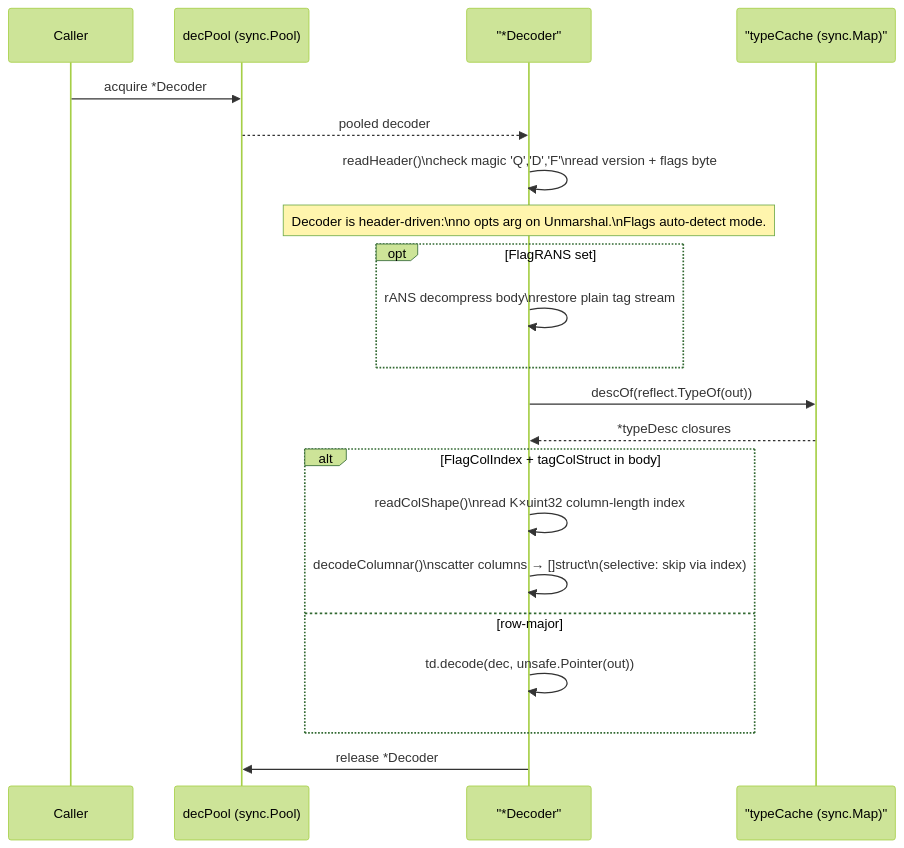
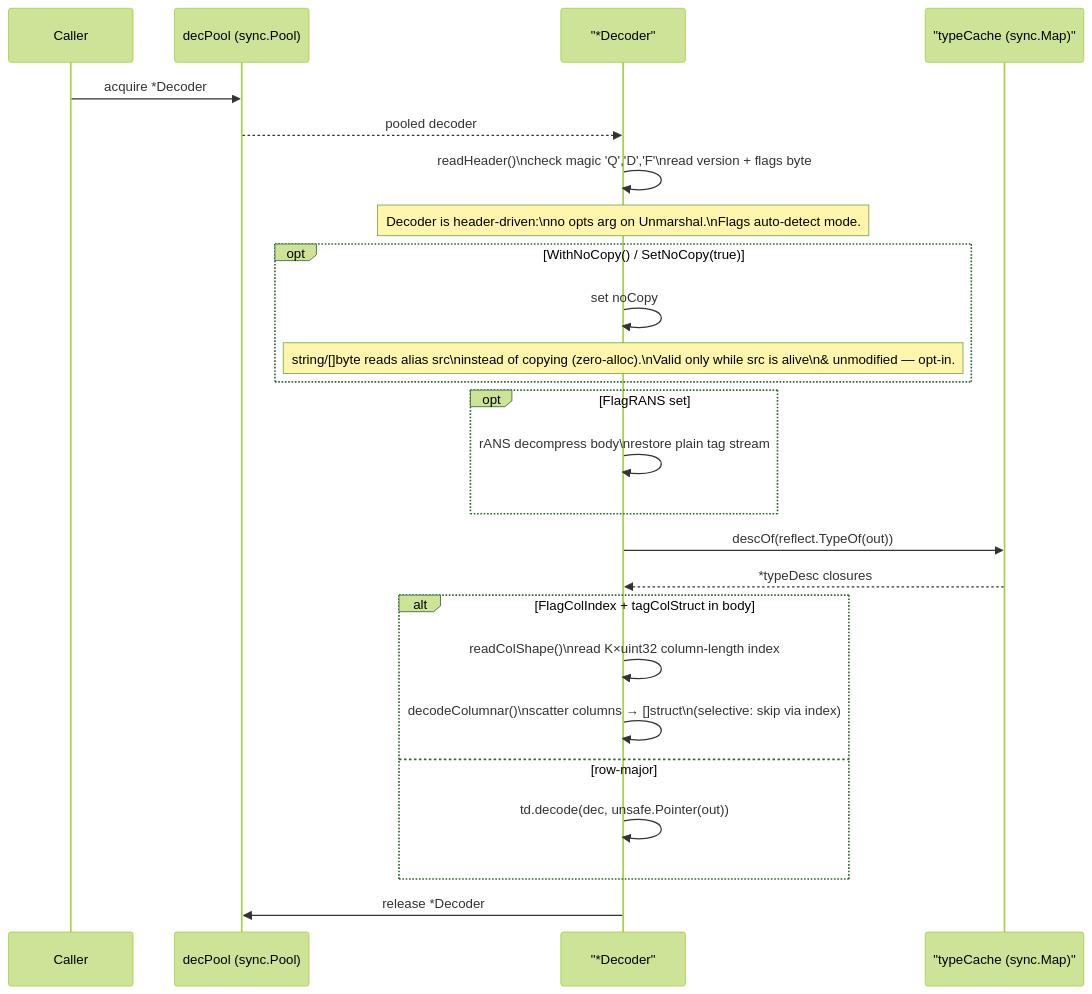
Before and after one commit to alex60217101990/qdf: the second of 4 diagrams in diagrams/architecture.md, drawn with Mermaid (forest theme). The commit also changed other lines of this file and 6 other files, not shown here.

First line of the commit message:
docs: document WithNoCopy zero-copy decode (numbers, contract, diagram)

````diff
--- a/diagrams/architecture.md
+++ b/diagrams/architecture.md
@@ -59,24 +61,28 @@
 ```mermaid
 sequenceDiagram
     participant Caller
     participant Pool as decPool (sync.Pool)
     participant Dec as "*Decoder"
     participant Cache as "typeCache (sync.Map)"
 
     Caller->>Pool: acquire *Decoder
     Pool-->>Dec: pooled decoder
     Dec->>Dec: readHeader()\ncheck magic 'Q','D','F'\nread version + flags byte
     Note over Dec: Decoder is header-driven:\nno opts arg on Unmarshal.\nFlags auto-detect mode.
+    opt WithNoCopy() / SetNoCopy(true)
+        Dec->>Dec: set noCopy
+        Note over Dec: string/[]byte reads alias src\ninstead of copying (zero-alloc).\nValid only while src is alive\n& unmodified — opt-in.
+    end
     opt FlagRANS set
         Dec->>Dec: rANS decompress body\nrestore plain tag stream
     end
     Dec->>Cache: descOf(reflect.TypeOf(out))
     Cache-->>Dec: *typeDesc closures
     alt FlagColIndex + tagColStruct in body
         Dec->>Dec: readColShape()\nread K×uint32 column-length index
         Dec->>Dec: decodeColumnar()\nscatter columns → []struct\n(selective: skip via index)
     else row-major
         Dec->>Dec: td.decode(dec, unsafe.Pointer(out))
     end
     Dec->>Pool: release *Decoder
 ```
````
